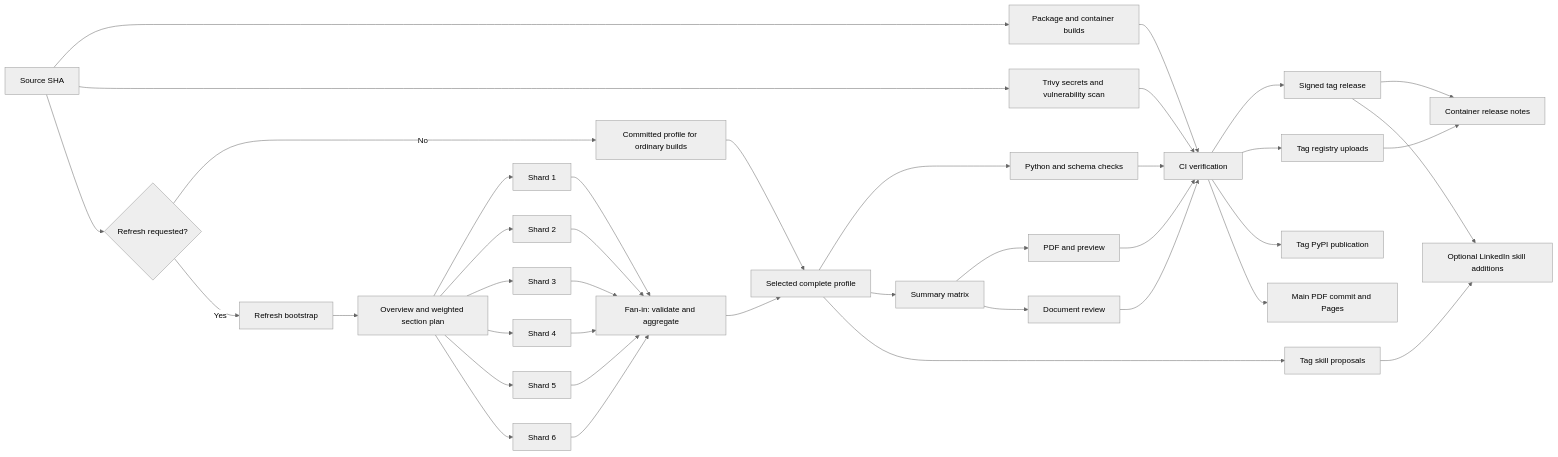
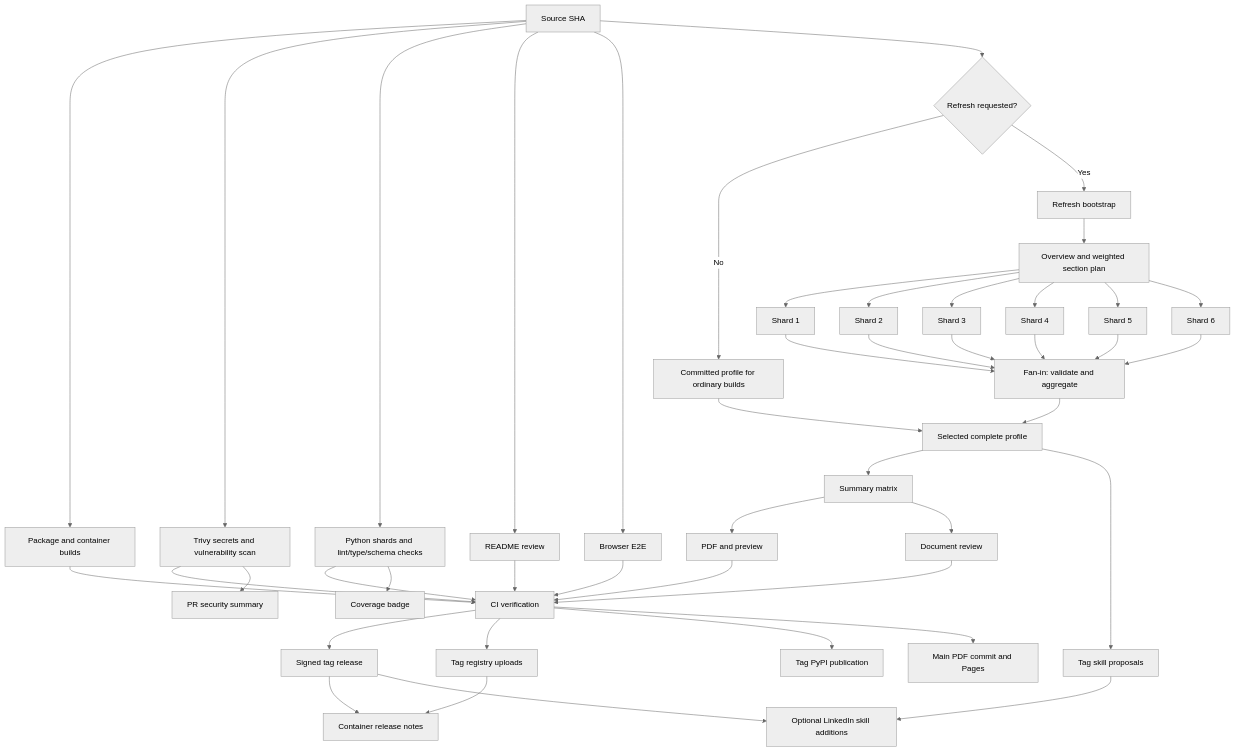
Before and after one commit to astrivant/resume: the diagram in docs/automation.md, drawn with Mermaid (neutral theme). The commit also changed other lines of this file and 84 other files, not shown here.

````diff
--- a/docs/automation.md
+++ b/docs/automation.md
@@ -100,41 +113,47 @@
 ```mermaid
-flowchart LR
+flowchart TD
     source[Source SHA] --> builds[Package and container builds]
     source --> trivy[Trivy secrets and vulnerability scan]
+    source --> tests[Python shards and lint/type/schema checks]
+    source --> readme[README review]
+    source --> browsers[Browser E2E]
     source --> refresh{Refresh requested?}
     refresh -->|No| stored[Committed profile for ordinary builds]
     refresh -->|Yes| bootstrap[Refresh bootstrap]
     bootstrap --> plan[Overview and weighted section plan]
     plan --> shard1[Shard 1]
     plan --> shard2[Shard 2]
     plan --> shard3[Shard 3]
     plan --> shard4[Shard 4]
     plan --> shard5[Shard 5]
     plan --> shard6[Shard 6]
     shard1 --> aggregate[Fan-in: validate and aggregate]
     shard2 --> aggregate
     shard3 --> aggregate
     shard4 --> aggregate
     shard5 --> aggregate
     shard6 --> aggregate
     stored --> profile[Selected complete profile]
     aggregate --> profile
-    profile --> tests[Python and schema checks]
     profile --> summaries[Summary matrix]
     profile --> skills[Tag skill proposals]
     summaries --> pdf[PDF and preview]
     summaries --> review[Document review]
     builds --> gate[CI verification]
     trivy --> gate
+    trivy --> comment[PR security summary]
     tests --> gate
+    tests --> coverage[Coverage badge]
+    readme --> gate
+    browsers --> gate
     pdf --> gate
     review --> gate
     gate --> release[Signed tag release]
     gate --> registries[Tag registry uploads]
     gate --> pypi[Tag PyPI publication]
     gate --> main[Main PDF commit and Pages]
     release --> notes[Container release notes]
     registries --> notes
     release --> publishskills[Optional LinkedIn skill additions]
     skills --> publishskills
 ```
````
